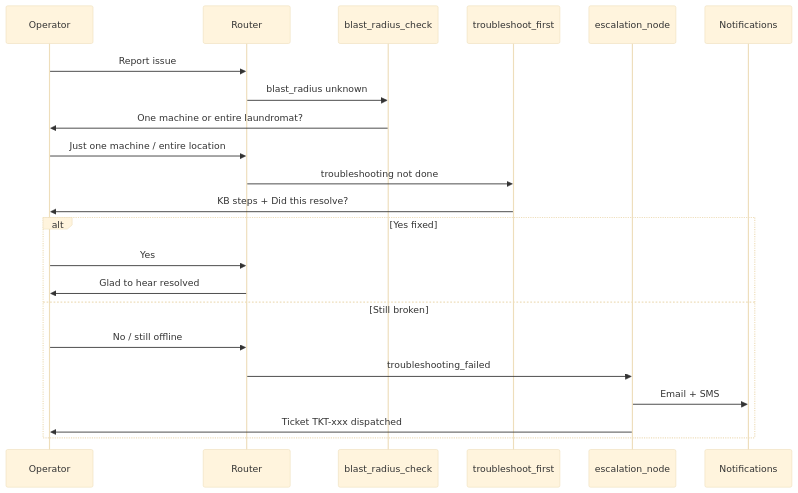
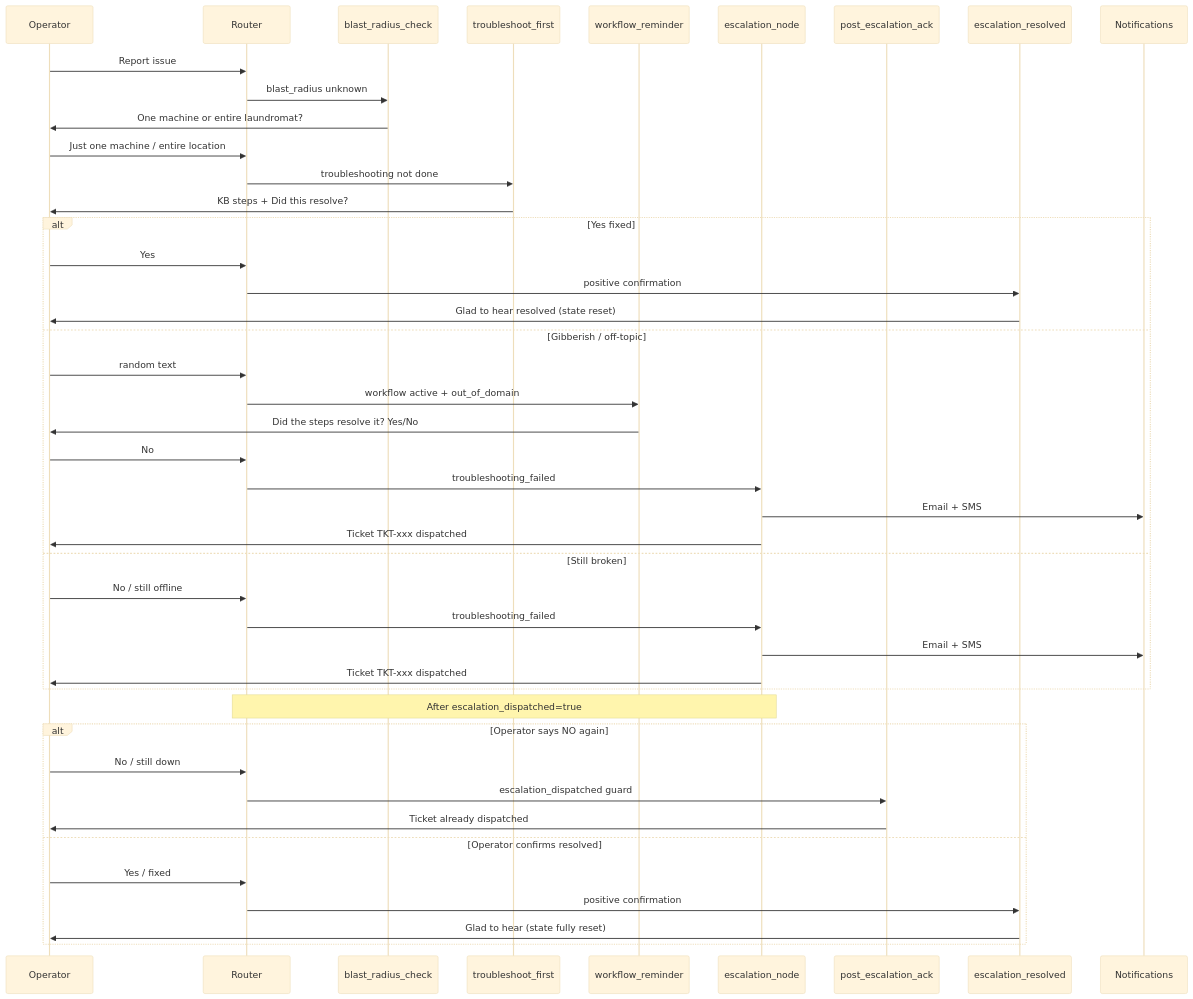
One commit to anupks5942/operator-AI changed the diagram in docs/ESCALATION_WORKFLOW.md. Above: the diagram before and after it, drawn with Mermaid (base theme). The commit also changed other lines of this file and 10 other files, not shown here.

Commit message:
escalation workflow hardening;transaction api validation

````diff
--- a/docs/ESCALATION_WORKFLOW.md
+++ b/docs/ESCALATION_WORKFLOW.md
@@ -11,25 +11,47 @@
 ```mermaid
 sequenceDiagram
   participant Op as Operator
   participant R as Router
   participant B as blast_radius_check
   participant T as troubleshoot_first
+  participant W as workflow_reminder
   participant E as escalation_node
+  participant P as post_escalation_ack
+  participant Res as escalation_resolved
   participant N as Notifications
 
   Op->>R: Report issue
   R->>B: blast_radius unknown
   B->>Op: One machine or entire laundromat?
   Op->>R: Just one machine / entire location
   R->>T: troubleshooting not done
   T->>Op: KB steps + Did this resolve?
   alt Yes fixed
     Op->>R: Yes
-    R->>Op: Glad to hear resolved
+    R->>Res: positive confirmation
+    Res->>Op: Glad to hear resolved (state reset)
+  else Gibberish / off-topic
+    Op->>R: random text
+    R->>W: workflow active + out_of_domain
+    W->>Op: Did the steps resolve it? Yes/No
+    Op->>R: No
+    R->>E: troubleshooting_failed
+    E->>N: Email + SMS
+    E->>Op: Ticket TKT-xxx dispatched
   else Still broken
     Op->>R: No / still offline
     R->>E: troubleshooting_failed
     E->>N: Email + SMS
     E->>Op: Ticket TKT-xxx dispatched
   end
+  Note over R,E: After escalation_dispatched=true
+  alt Operator says NO again
+    Op->>R: No / still down
+    R->>P: escalation_dispatched guard
+    P->>Op: Ticket already dispatched
+  else Operator confirms resolved
+    Op->>R: Yes / fixed
+    R->>Res: positive confirmation
+    Res->>Op: Glad to hear (state fully reset)
+  end
 ```
````
